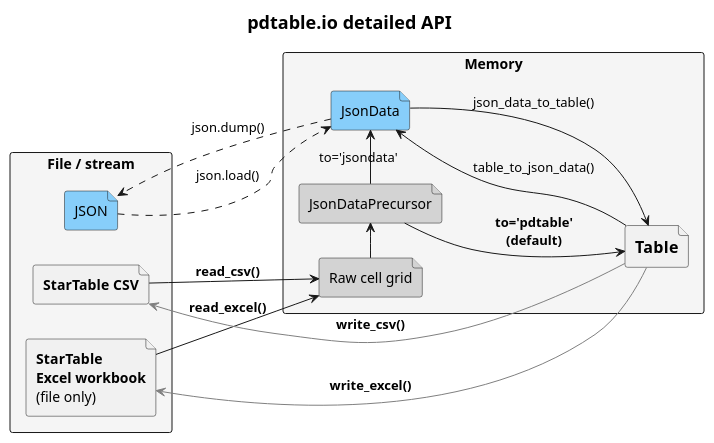
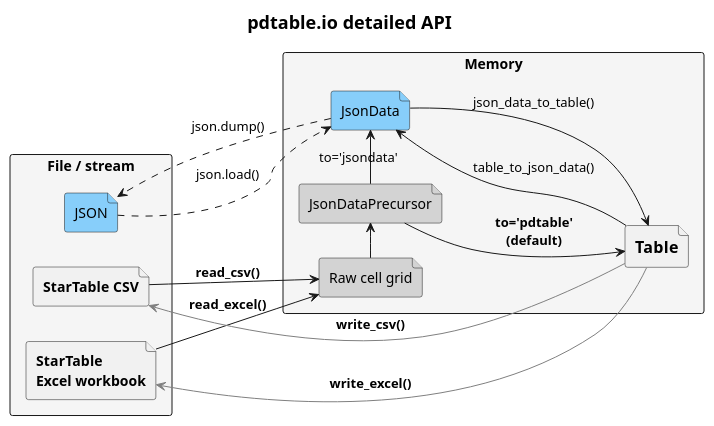
Before and after one commit to startable/pdtable: the diagram in docs/diagrams/src/io_detailed.puml, drawn with PlantUML. The commit also changed 1 other file, not shown here.

Commit message:
Fix diagram labels

```diff
--- a/docs/diagrams/src/io_detailed.puml
+++ b/docs/diagrams/src/io_detailed.puml
@@ -1,40 +1,40 @@
 @startuml io_detailed
 
 title = pdtable.io detailed API
 
 skinparam {
     ArrowFontName Consolas
 }
 
 left to right direction
 
 rectangle files as "File / stream" #WhiteSmoke {
     file csv as "<b>StarTable CSV"
-    file xl as "<b>StarTable\n<b>Excel workbook\n(file only)"
+    file xl as "<b>StarTable\n<b>Excel workbook"
     file json as "JSON" #LightSkyBlue
 }
 
 rectangle memory as "Memory" #WhiteSmoke {
     file table as "==Table"
     file cellgrid as "Raw cell grid" #LightGray
     file prejson as "JsonDataPrecursor" #LightGray
     file jsondata as "JsonData" #LightSkyBlue
 }
 
 csv --> cellgrid : <b>read_csv()
 xl --> cellgrid : <b>read_excel()
 
 cellgrid -> prejson
 prejson -> jsondata : to='jsondata'
 prejson --> table : <b>to='pdtable'\n<b>(default)
 
 json ..> jsondata : json.load()
 jsondata ..> json : json.dump()
 
 jsondata --> table : json_data_to_table()
 jsondata <-- table : table_to_json_data()
 
 csv <-- table #Gray : <b>write_csv()
 xl <-- table #Gray : <b>write_excel()
 
 @enduml
```
